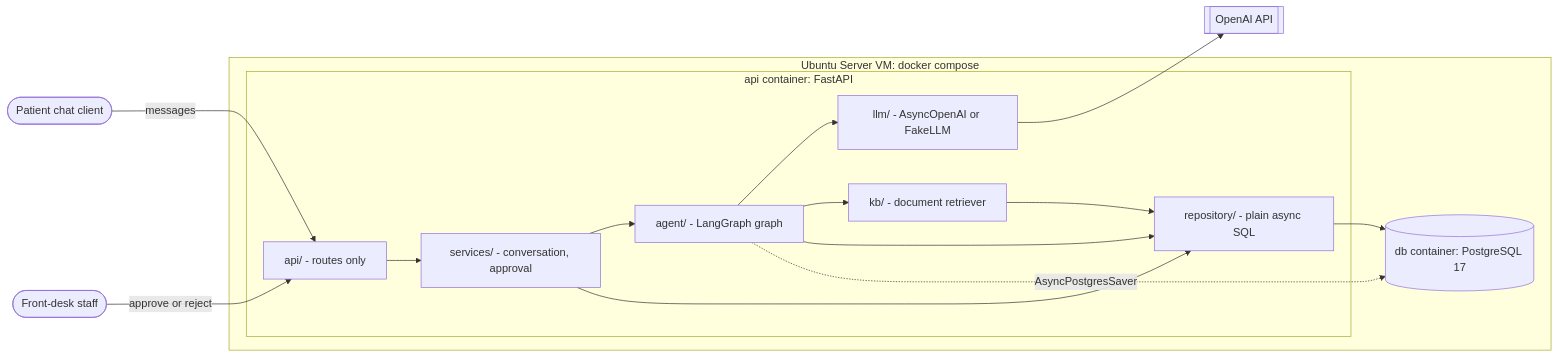
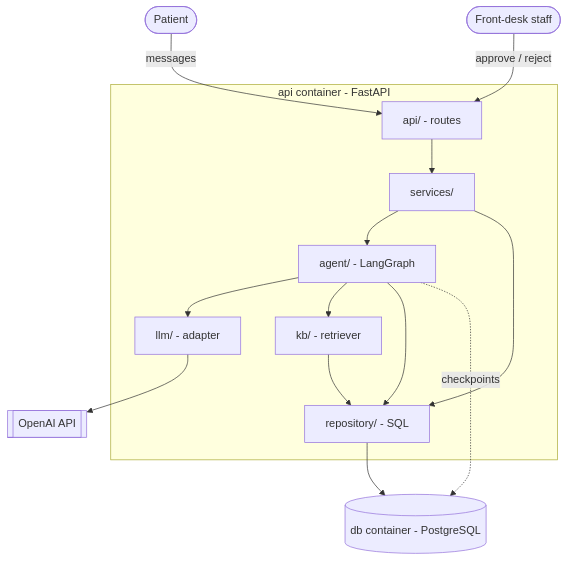
One commit to 6qzr/Owlgent-Workspace changed the first of 6 diagrams in docs/architecture.md. Above: the diagram before and after it, drawn with Mermaid. The commit also changed other lines of this file, not shown here.

First line of the commit message:
docs(architecture): split workflow diagram and simplify system view for readability

````diff
--- a/docs/architecture.md
+++ b/docs/architecture.md
@@ -18,28 +18,17 @@
 ```mermaid
-flowchart LR
-    patient([Patient chat client])
-    staff([Front-desk staff])
-    openai[[OpenAI API]]
-
-    subgraph vm["Ubuntu Server VM: docker compose"]
-        subgraph api["api container: FastAPI"]
-            routes["api/ - routes only"]
-            services["services/ - conversation, approval"]
-            agent["agent/ - LangGraph graph"]
-            llm["llm/ - AsyncOpenAI or FakeLLM"]
-            kb["kb/ - document retriever"]
-            repo["repository/ - plain async SQL"]
-        end
-        db[("db container: PostgreSQL 17")]
+flowchart TB
+    patient([Patient]) -->|messages| routes
+    staff([Front-desk staff]) -->|approve / reject| routes
+    subgraph api["api container - FastAPI"]
+        routes["api/ - routes"] --> services["services/"]
+        services --> agent["agent/ - LangGraph"]
+        agent --> llm["llm/ - adapter"]
+        agent --> kb["kb/ - retriever"]
+        agent --> repo["repository/ - SQL"]
+        kb --> repo
+        services --> repo
     end
-
-    patient -->|messages| routes
-    staff -->|approve or reject| routes
-    routes --> services --> agent
-    agent --> llm --> openai
-    agent --> kb --> repo
-    agent --> repo
-    services --> repo
-    repo --> db
-    agent -.->|AsyncPostgresSaver| db
+    llm --> openai[[OpenAI API]]
+    repo --> db[("db container - PostgreSQL")]
+    agent -.->|checkpoints| db
 ```
````
